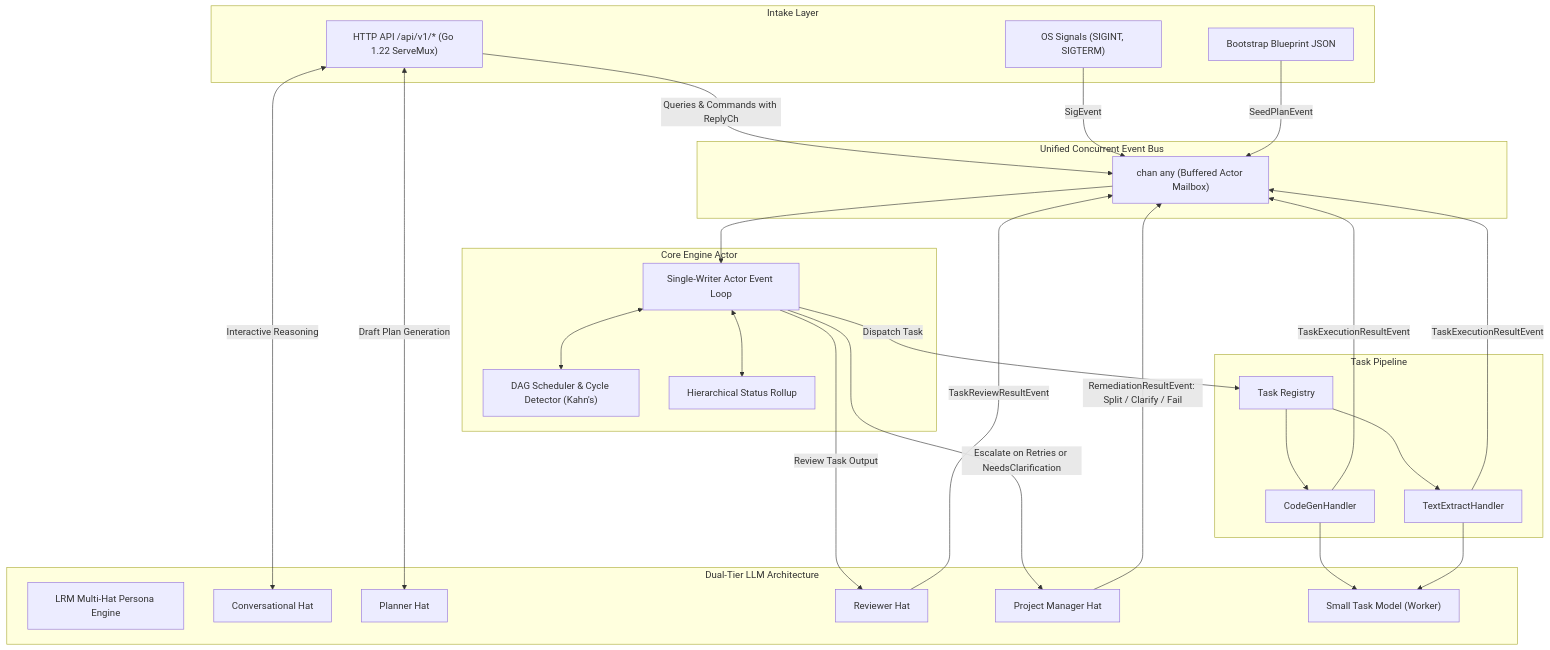
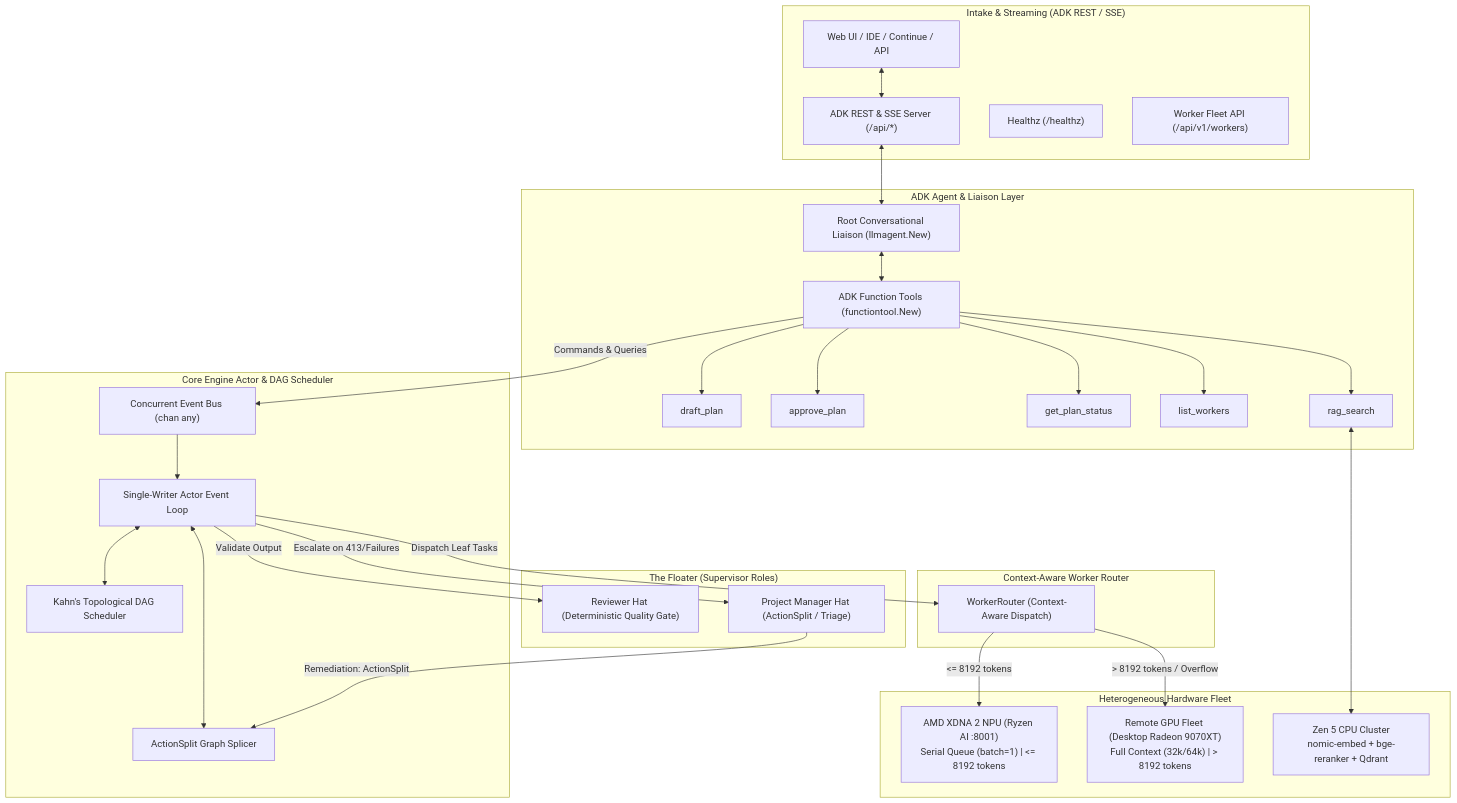
One commit to bluefalcon13/GoOrchestrator changed the diagram in README.md. Above: the diagram before and after it, drawn with Mermaid. The commit also changed other lines of this file and 29 other files, not shown here.

````diff
--- a/README.md
+++ b/README.md
@@ -11,55 +9,58 @@
 ```mermaid
 flowchart TD
-    subgraph Intake ["Intake Layer"]
-        HTTP["HTTP API /api/v1/* (Go 1.22 ServeMux)"]
-        SIG["OS Signals (SIGINT, SIGTERM)"]
-        BOOT["Bootstrap Blueprint JSON"]
+    subgraph Intake ["Intake & Streaming (ADK REST / SSE)"]
+        CLIENT["Web UI / IDE / Continue / API"]
+        ADK_REST["ADK REST & SSE Server (/api/*)"]
+        HEALTH["Healthz (/healthz)"]
+        WORKER_API["Worker Fleet API (/api/v1/workers)"]
     end
 
-    subgraph Bus ["Unified Concurrent Event Bus"]
-        CH["chan any (Buffered Actor Mailbox)"]
+    subgraph AgentLayer ["ADK Agent & Liaison Layer"]
+        LIAISON["Root Conversational Liaison (llmagent.New)"]
+        TOOLS["ADK Function Tools (functiontool.New)"]
+        TOOLS --> T_DRAFT["draft_plan"]
+        TOOLS --> T_APPROVE["approve_plan"]
+        TOOLS --> T_STATUS["get_plan_status"]
+        TOOLS --> T_WORKERS["list_workers"]
+        TOOLS --> T_RAG["rag_search"]
     end
 
-    subgraph Engine ["Core Engine Actor"]
-        LOOP["Single-Writer Actor Event Loop"]
-        DAG["DAG Scheduler & Cycle Detector (Kahn's)"]
-        ROLL["Hierarchical Status Rollup"]
+    subgraph CoreEngine ["Core Engine Actor & DAG Scheduler"]
+        BUS["Concurrent Event Bus (chan any)"]
+        ACTOR["Single-Writer Actor Event Loop"]
+        DAG["Kahn's Topological DAG Scheduler"]
+        SPLICER["ActionSplit Graph Splicer"]
     end
 
-    subgraph DualTierLLM ["Dual-Tier LLM Architecture"]
-        LRM["LRM Multi-Hat Persona Engine"]
-        LRM_HAT1["Conversational Hat"]
-        LRM_HAT2["Planner Hat"]
-        LRM_HAT3["Reviewer Hat"]
-        LRM_HAT4["Project Manager Hat"]
-        WORKER["Small Task Model (Worker)"]
+    subgraph Floater ["The Floater (Supervisor Roles)"]
+        REVIEWER["Reviewer Hat (Deterministic Quality Gate)"]
+        PM["Project Manager Hat (ActionSplit / Triage)"]
     end
 
-    subgraph Tasks ["Task Pipeline"]
-        REG["Task Registry"]
-        H_CODE["CodeGenHandler"]
-        H_TEXT["TextExtractHandler"]
+    subgraph RoutingLayer ["Context-Aware Worker Router"]
+        ROUTER["WorkerRouter (Context-Aware Dispatch)"]
     end
 
-    HTTP -->|Queries & Commands with ReplyCh| CH
-    SIG -->|SigEvent| CH
-    BOOT -->|SeedPlanEvent| CH
-    CH --> LOOP
+    subgraph HardwareExecution ["Heterogeneous Hardware Fleet"]
+        NPU["AMD XDNA 2 NPU (Ryzen AI :8001)<br/>Serial Queue (batch=1) | <= 8192 tokens"]
+        GPU["Remote GPU Fleet (Desktop Radeon 9070XT)<br/>Full Context (32k/64k) | > 8192 tokens"]
+        ZEN5["Zen 5 CPU Cluster<br/>nomic-embed + bge-reranker + Qdrant"]
+    end
 
-    LOOP <--> DAG
-    LOOP <--> ROLL
+    CLIENT <--> ADK_REST
+    ADK_REST <--> LIAISON
+    LIAISON <--> TOOLS
+    TOOLS -->|Commands & Queries| BUS
+    BUS --> ACTOR
 
-    LOOP -->|Dispatch Task| REG
-    REG --> H_CODE & H_TEXT
-    H_CODE & H_TEXT --> WORKER
-    H_CODE & H_TEXT -->|TaskExecutionResultEvent| CH
+    ACTOR <--> DAG
+    ACTOR <--> SPLICER
+    ACTOR -->|Validate Output| REVIEWER
+    ACTOR -->|Escalate on 413/Failures| PM
+    PM -->|Remediation: ActionSplit| SPLICER
 
-    LOOP -->|Review Task Output| LRM_HAT3
-    LRM_HAT3 -->|TaskReviewResultEvent| CH
-
-    LOOP -->|Escalate on Retries or NeedsClarification| LRM_HAT4
-    LRM_HAT4 -->|RemediationResultEvent: Split / Clarify / Fail| CH
-
-    HTTP <-->|Interactive Reasoning| LRM_HAT1
-    HTTP <-->|Draft Plan Generation| LRM_HAT2
+    ACTOR -->|Dispatch Leaf Tasks| ROUTER
+    ROUTER -- "<= 8192 tokens" --> NPU
+    ROUTER -- "> 8192 tokens / Overflow" --> GPU
+    T_RAG <--> ZEN5
 ```
````
